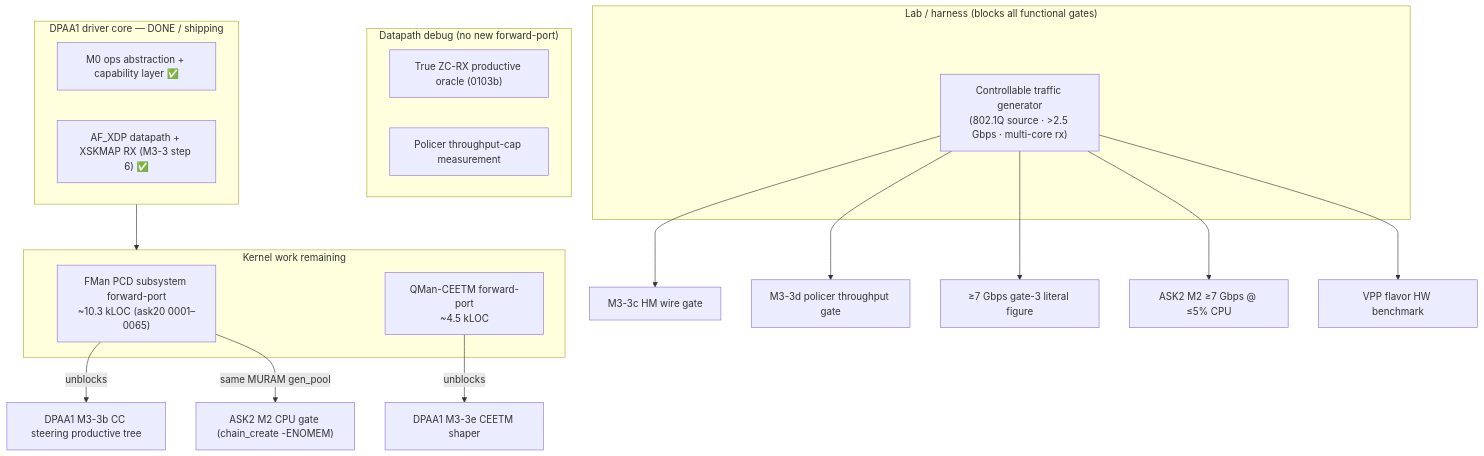
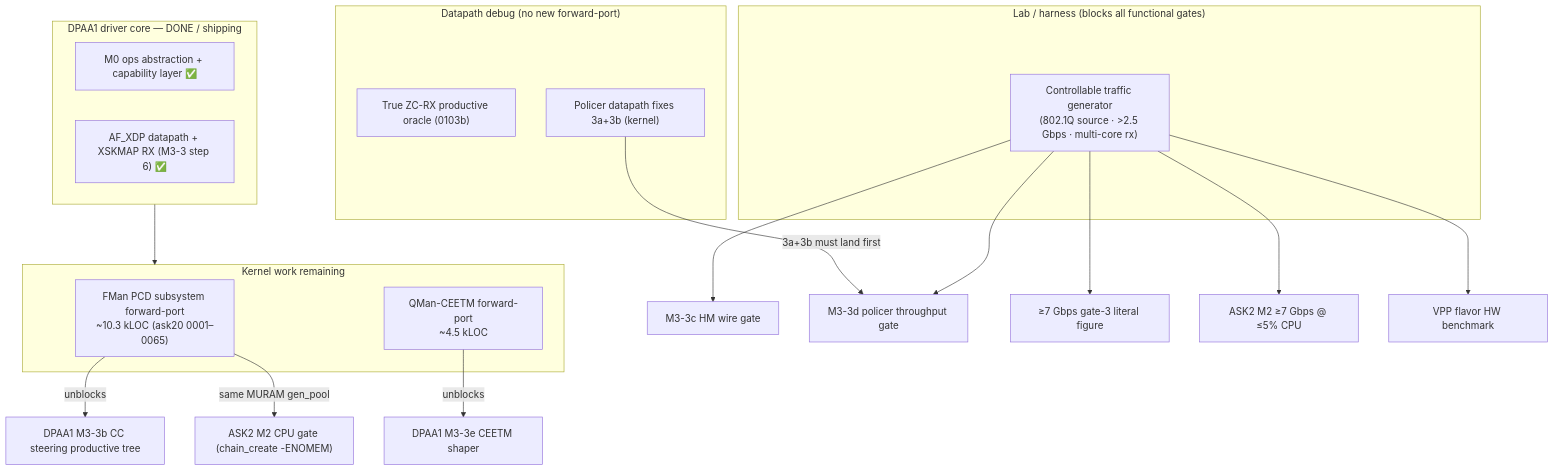
Before and after one commit to Daegara/vyos-ls1046a-build: the first of 2 diagrams in plans/COMPLETION-PLAN.md, drawn with Mermaid. The commit also changed other lines of this file and 4 other files, not shown here.

````diff
--- a/plans/COMPLETION-PLAN.md
+++ b/plans/COMPLETION-PLAN.md
@@ -25,28 +42,29 @@
 ```mermaid
 graph TD
     subgraph CORE["DPAA1 driver core — DONE / shipping"]
         M0["M0 ops abstraction + capability layer ✅"]
         AFXDP["AF_XDP datapath + XSKMAP RX (M3-3 step 6) ✅"]
     end
     subgraph KW["Kernel work remaining"]
         PCD["FMan PCD subsystem forward-port<br/>~10.3 kLOC (ask20 0001–0065)"]
         CEETM["QMan-CEETM forward-port<br/>~4.5 kLOC"]
     end
     subgraph DBG["Datapath debug (no new forward-port)"]
         ZC["True ZC-RX productive oracle (0103b)"]
-        POLM["Policer throughput-cap measurement"]
+        POLM["Policer datapath fixes 3a+3b (kernel)"]
     end
     subgraph LAB["Lab / harness (blocks all functional gates)"]
         GEN["Controllable traffic generator<br/>(802.1Q source · >2.5 Gbps · multi-core rx)"]
     end
 
     CORE --> KW
     PCD -->|unblocks| CC["DPAA1 M3-3b CC steering productive tree"]
     PCD -->|same MURAM gen_pool| ASK2["ASK2 M2 CPU gate (chain_create -ENOMEM)"]
     CEETM -->|unblocks| SHAPE["DPAA1 M3-3e CEETM shaper"]
     GEN --> HMG["M3-3c HM wire gate"]
     GEN --> POLG["M3-3d policer throughput gate"]
+    POLM -->|3a+3b must land first| POLG
     GEN --> G3["≥7 Gbps gate-3 literal figure"]
     GEN --> ASK2M2["ASK2 M2 ≥7 Gbps @ ≤5% CPU"]
     GEN --> VPPB["VPP flavor HW benchmark"]
 ```
````
